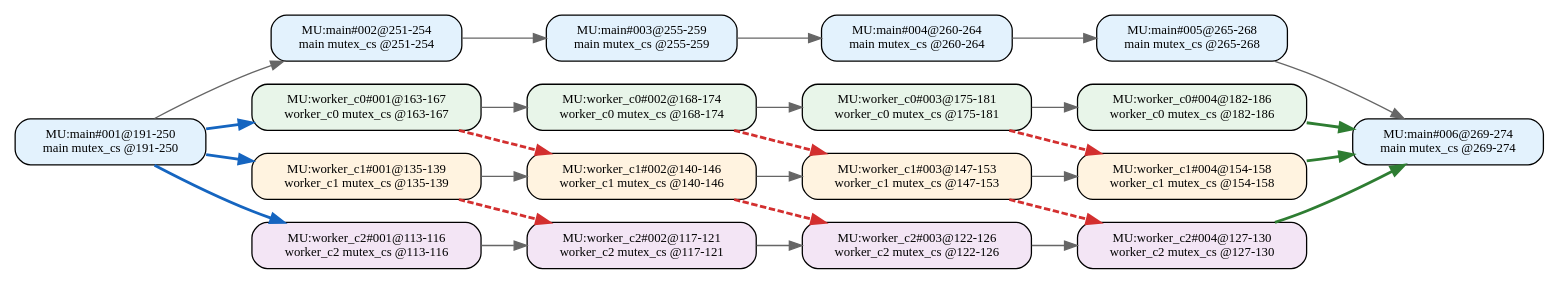
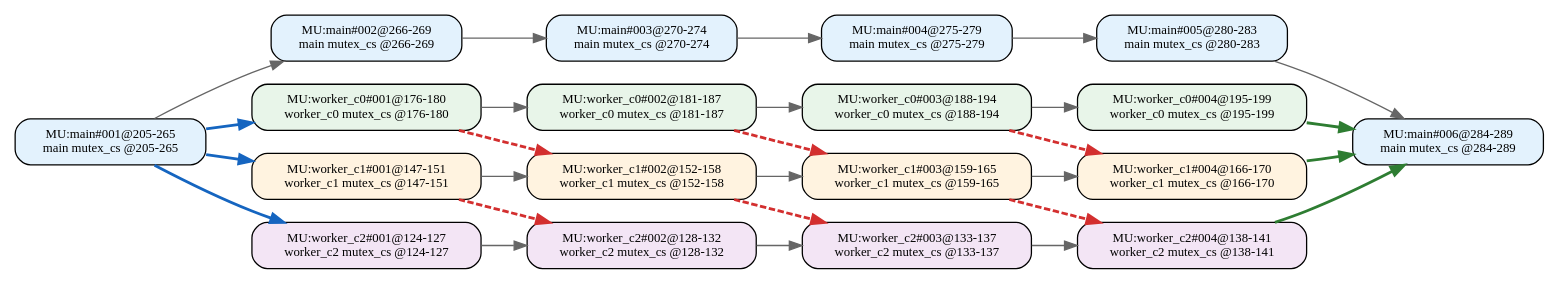
Before and after one commit to RTS-SYSU/DAG-Gen: the diagram in 中间结果/zhang3/pipeline/blocks/level2/effective_line_merge/dag_seg.dot, drawn with Graphviz. The commit also changed 11697 other files, not shown here.

```diff
--- a/中间结果/zhang3/pipeline/blocks/level2/effective_line_merge/dag_seg.dot
+++ b/中间结果/zhang3/pipeline/blocks/level2/effective_line_merge/dag_seg.dot
@@ -1,48 +1,48 @@
 digraph Level2SegDAG {
   rankdir=LR;
   node [shape=box, fontname="Consolas", fontsize=10];
-  "MU:main#001@191-250" [style="rounded,filled", fillcolor="#E3F2FD", label="MU:main#001@191-250\nmain mutex_cs @191-250"];
-  "MU:main#002@251-254" [style="rounded,filled", fillcolor="#E3F2FD", label="MU:main#002@251-254\nmain mutex_cs @251-254"];
-  "MU:main#003@255-259" [style="rounded,filled", fillcolor="#E3F2FD", label="MU:main#003@255-259\nmain mutex_cs @255-259"];
-  "MU:main#004@260-264" [style="rounded,filled", fillcolor="#E3F2FD", label="MU:main#004@260-264\nmain mutex_cs @260-264"];
-  "MU:main#005@265-268" [style="rounded,filled", fillcolor="#E3F2FD", label="MU:main#005@265-268\nmain mutex_cs @265-268"];
-  "MU:main#006@269-274" [style="rounded,filled", fillcolor="#E3F2FD", label="MU:main#006@269-274\nmain mutex_cs @269-274"];
-  "MU:worker_c0#001@163-167" [style="rounded,filled", fillcolor="#E8F5E9", label="MU:worker_c0#001@163-167\nworker_c0 mutex_cs @163-167"];
-  "MU:worker_c0#002@168-174" [style="rounded,filled", fillcolor="#E8F5E9", label="MU:worker_c0#002@168-174\nworker_c0 mutex_cs @168-174"];
-  "MU:worker_c0#003@175-181" [style="rounded,filled", fillcolor="#E8F5E9", label="MU:worker_c0#003@175-181\nworker_c0 mutex_cs @175-181"];
-  "MU:worker_c0#004@182-186" [style="rounded,filled", fillcolor="#E8F5E9", label="MU:worker_c0#004@182-186\nworker_c0 mutex_cs @182-186"];
-  "MU:worker_c1#001@135-139" [style="rounded,filled", fillcolor="#FFF3E0", label="MU:worker_c1#001@135-139\nworker_c1 mutex_cs @135-139"];
-  "MU:worker_c1#002@140-146" [style="rounded,filled", fillcolor="#FFF3E0", label="MU:worker_c1#002@140-146\nworker_c1 mutex_cs @140-146"];
-  "MU:worker_c1#003@147-153" [style="rounded,filled", fillcolor="#FFF3E0", label="MU:worker_c1#003@147-153\nworker_c1 mutex_cs @147-153"];
-  "MU:worker_c1#004@154-158" [style="rounded,filled", fillcolor="#FFF3E0", label="MU:worker_c1#004@154-158\nworker_c1 mutex_cs @154-158"];
-  "MU:worker_c2#001@113-116" [style="rounded,filled", fillcolor="#F3E5F5", label="MU:worker_c2#001@113-116\nworker_c2 mutex_cs @113-116"];
-  "MU:worker_c2#002@117-121" [style="rounded,filled", fillcolor="#F3E5F5", label="MU:worker_c2#002@117-121\nworker_c2 mutex_cs @117-121"];
-  "MU:worker_c2#003@122-126" [style="rounded,filled", fillcolor="#F3E5F5", label="MU:worker_c2#003@122-126\nworker_c2 mutex_cs @122-126"];
-  "MU:worker_c2#004@127-130" [style="rounded,filled", fillcolor="#F3E5F5", label="MU:worker_c2#004@127-130\nworker_c2 mutex_cs @127-130"];
-  "MU:worker_c2#001@113-116" -> "MU:worker_c2#002@117-121" [color="#666666", style="solid", penwidth=1.0];
-  "MU:worker_c2#002@117-121" -> "MU:worker_c2#003@122-126" [color="#666666", style="solid", penwidth=1.0];
-  "MU:worker_c2#003@122-126" -> "MU:worker_c2#004@127-130" [color="#666666", style="solid", penwidth=1.0];
-  "MU:worker_c1#001@135-139" -> "MU:worker_c1#002@140-146" [color="#666666", style="solid", penwidth=1.0];
-  "MU:worker_c1#002@140-146" -> "MU:worker_c1#003@147-153" [color="#666666", style="solid", penwidth=1.0];
-  "MU:worker_c1#003@147-153" -> "MU:worker_c1#004@154-158" [color="#666666", style="solid", penwidth=1.0];
-  "MU:worker_c0#001@163-167" -> "MU:worker_c0#002@168-174" [color="#666666", style="solid", penwidth=1.0];
-  "MU:worker_c0#002@168-174" -> "MU:worker_c0#003@175-181" [color="#666666", style="solid", penwidth=1.0];
-  "MU:worker_c0#003@175-181" -> "MU:worker_c0#004@182-186" [color="#666666", style="solid", penwidth=1.0];
-  "MU:main#001@191-250" -> "MU:main#002@251-254" [color="#666666", style="solid", penwidth=1.0];
-  "MU:main#002@251-254" -> "MU:main#003@255-259" [color="#666666", style="solid", penwidth=1.0];
-  "MU:main#003@255-259" -> "MU:main#004@260-264" [color="#666666", style="solid", penwidth=1.0];
-  "MU:main#004@260-264" -> "MU:main#005@265-268" [color="#666666", style="solid", penwidth=1.0];
-  "MU:main#005@265-268" -> "MU:main#006@269-274" [color="#666666", style="solid", penwidth=1.0];
-  "MU:main#001@191-250" -> "MU:worker_c0#001@163-167" [color="#1565C0", style="solid", penwidth=2.2];
-  "MU:main#001@191-250" -> "MU:worker_c1#001@135-139" [color="#1565C0", style="solid", penwidth=2.2];
-  "MU:main#001@191-250" -> "MU:worker_c2#001@113-116" [color="#1565C0", style="solid", penwidth=2.2];
-  "MU:worker_c0#004@182-186" -> "MU:main#006@269-274" [color="#2E7D32", style="solid", penwidth=2.2];
-  "MU:worker_c1#004@154-158" -> "MU:main#006@269-274" [color="#2E7D32", style="solid", penwidth=2.2];
-  "MU:worker_c2#004@127-130" -> "MU:main#006@269-274" [color="#2E7D32", style="solid", penwidth=2.2];
-  "MU:worker_c1#001@135-139" -> "MU:worker_c2#002@117-121" [color="#D32F2F", style="dashed", penwidth=2.2];
-  "MU:worker_c1#002@140-146" -> "MU:worker_c2#003@122-126" [color="#D32F2F", style="dashed", penwidth=2.2];
-  "MU:worker_c1#003@147-153" -> "MU:worker_c2#004@127-130" [color="#D32F2F", style="dashed", penwidth=2.2];
-  "MU:worker_c0#001@163-167" -> "MU:worker_c1#002@140-146" [color="#D32F2F", style="dashed", penwidth=2.2];
-  "MU:worker_c0#002@168-174" -> "MU:worker_c1#003@147-153" [color="#D32F2F", style="dashed", penwidth=2.2];
-  "MU:worker_c0#003@175-181" -> "MU:worker_c1#004@154-158" [color="#D32F2F", style="dashed", penwidth=2.2];
+  "MU:main#001@205-265" [style="rounded,filled", fillcolor="#E3F2FD", label="MU:main#001@205-265\nmain mutex_cs @205-265"];
+  "MU:main#002@266-269" [style="rounded,filled", fillcolor="#E3F2FD", label="MU:main#002@266-269\nmain mutex_cs @266-269"];
+  "MU:main#003@270-274" [style="rounded,filled", fillcolor="#E3F2FD", label="MU:main#003@270-274\nmain mutex_cs @270-274"];
+  "MU:main#004@275-279" [style="rounded,filled", fillcolor="#E3F2FD", label="MU:main#004@275-279\nmain mutex_cs @275-279"];
+  "MU:main#005@280-283" [style="rounded,filled", fillcolor="#E3F2FD", label="MU:main#005@280-283\nmain mutex_cs @280-283"];
+  "MU:main#006@284-289" [style="rounded,filled", fillcolor="#E3F2FD", label="MU:main#006@284-289\nmain mutex_cs @284-289"];
+  "MU:worker_c0#001@176-180" [style="rounded,filled", fillcolor="#E8F5E9", label="MU:worker_c0#001@176-180\nworker_c0 mutex_cs @176-180"];
+  "MU:worker_c0#002@181-187" [style="rounded,filled", fillcolor="#E8F5E9", label="MU:worker_c0#002@181-187\nworker_c0 mutex_cs @181-187"];
+  "MU:worker_c0#003@188-194" [style="rounded,filled", fillcolor="#E8F5E9", label="MU:worker_c0#003@188-194\nworker_c0 mutex_cs @188-194"];
+  "MU:worker_c0#004@195-199" [style="rounded,filled", fillcolor="#E8F5E9", label="MU:worker_c0#004@195-199\nworker_c0 mutex_cs @195-199"];
+  "MU:worker_c1#001@147-151" [style="rounded,filled", fillcolor="#FFF3E0", label="MU:worker_c1#001@147-151\nworker_c1 mutex_cs @147-151"];
+  "MU:worker_c1#002@152-158" [style="rounded,filled", fillcolor="#FFF3E0", label="MU:worker_c1#002@152-158\nworker_c1 mutex_cs @152-158"];
+  "MU:worker_c1#003@159-165" [style="rounded,filled", fillcolor="#FFF3E0", label="MU:worker_c1#003@159-165\nworker_c1 mutex_cs @159-165"];
+  "MU:worker_c1#004@166-170" [style="rounded,filled", fillcolor="#FFF3E0", label="MU:worker_c1#004@166-170\nworker_c1 mutex_cs @166-170"];
+  "MU:worker_c2#001@124-127" [style="rounded,filled", fillcolor="#F3E5F5", label="MU:worker_c2#001@124-127\nworker_c2 mutex_cs @124-127"];
+  "MU:worker_c2#002@128-132" [style="rounded,filled", fillcolor="#F3E5F5", label="MU:worker_c2#002@128-132\nworker_c2 mutex_cs @128-132"];
+  "MU:worker_c2#003@133-137" [style="rounded,filled", fillcolor="#F3E5F5", label="MU:worker_c2#003@133-137\nworker_c2 mutex_cs @133-137"];
+  "MU:worker_c2#004@138-141" [style="rounded,filled", fillcolor="#F3E5F5", label="MU:worker_c2#004@138-141\nworker_c2 mutex_cs @138-141"];
+  "MU:worker_c2#001@124-127" -> "MU:worker_c2#002@128-132" [color="#666666", style="solid", penwidth=1.0];
+  "MU:worker_c2#002@128-132" -> "MU:worker_c2#003@133-137" [color="#666666", style="solid", penwidth=1.0];
+  "MU:worker_c2#003@133-137" -> "MU:worker_c2#004@138-141" [color="#666666", style="solid", penwidth=1.0];
+  "MU:worker_c1#001@147-151" -> "MU:worker_c1#002@152-158" [color="#666666", style="solid", penwidth=1.0];
+  "MU:worker_c1#002@152-158" -> "MU:worker_c1#003@159-165" [color="#666666", style="solid", penwidth=1.0];
+  "MU:worker_c1#003@159-165" -> "MU:worker_c1#004@166-170" [color="#666666", style="solid", penwidth=1.0];
+  "MU:worker_c0#001@176-180" -> "MU:worker_c0#002@181-187" [color="#666666", style="solid", penwidth=1.0];
+  "MU:worker_c0#002@181-187" -> "MU:worker_c0#003@188-194" [color="#666666", style="solid", penwidth=1.0];
+  "MU:worker_c0#003@188-194" -> "MU:worker_c0#004@195-199" [color="#666666", style="solid", penwidth=1.0];
+  "MU:main#001@205-265" -> "MU:main#002@266-269" [color="#666666", style="solid", penwidth=1.0];
+  "MU:main#002@266-269" -> "MU:main#003@270-274" [color="#666666", style="solid", penwidth=1.0];
+  "MU:main#003@270-274" -> "MU:main#004@275-279" [color="#666666", style="solid", penwidth=1.0];
+  "MU:main#004@275-279" -> "MU:main#005@280-283" [color="#666666", style="solid", penwidth=1.0];
+  "MU:main#005@280-283" -> "MU:main#006@284-289" [color="#666666", style="solid", penwidth=1.0];
+  "MU:main#001@205-265" -> "MU:worker_c0#001@176-180" [color="#1565C0", style="solid", penwidth=2.2];
+  "MU:main#001@205-265" -> "MU:worker_c1#001@147-151" [color="#1565C0", style="solid", penwidth=2.2];
+  "MU:main#001@205-265" -> "MU:worker_c2#001@124-127" [color="#1565C0", style="solid", penwidth=2.2];
+  "MU:worker_c0#004@195-199" -> "MU:main#006@284-289" [color="#2E7D32", style="solid", penwidth=2.2];
+  "MU:worker_c1#004@166-170" -> "MU:main#006@284-289" [color="#2E7D32", style="solid", penwidth=2.2];
+  "MU:worker_c2#004@138-141" -> "MU:main#006@284-289" [color="#2E7D32", style="solid", penwidth=2.2];
+  "MU:worker_c1#001@147-151" -> "MU:worker_c2#002@128-132" [color="#D32F2F", style="dashed", penwidth=2.2];
+  "MU:worker_c1#002@152-158" -> "MU:worker_c2#003@133-137" [color="#D32F2F", style="dashed", penwidth=2.2];
+  "MU:worker_c1#003@159-165" -> "MU:worker_c2#004@138-141" [color="#D32F2F", style="dashed", penwidth=2.2];
+  "MU:worker_c0#001@176-180" -> "MU:worker_c1#002@152-158" [color="#D32F2F", style="dashed", penwidth=2.2];
+  "MU:worker_c0#002@181-187" -> "MU:worker_c1#003@159-165" [color="#D32F2F", style="dashed", penwidth=2.2];
+  "MU:worker_c0#003@188-194" -> "MU:worker_c1#004@166-170" [color="#D32F2F", style="dashed", penwidth=2.2];
 }
```
